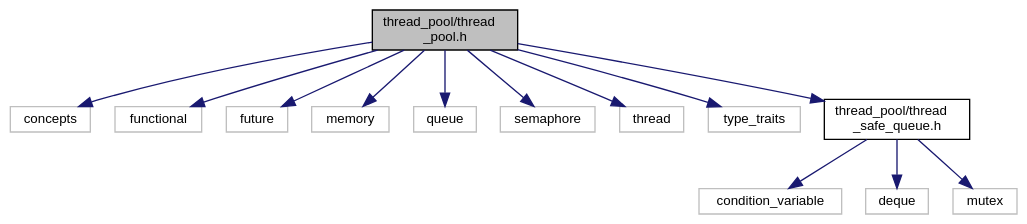
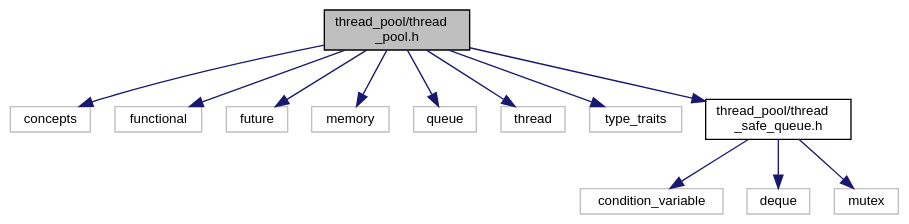
One commit to DeveloperPaul123/thread-pool changed the diagram in d1/db4/thread__pool_8h__incl.dot. Above: the diagram before and after it, drawn with Graphviz. The commit also changed 5 other files, not shown here.

```diff
--- a/d1/db4/thread__pool_8h__incl.dot
+++ b/d1/db4/thread__pool_8h__incl.dot
@@ -1,32 +1,30 @@
 digraph "thread_pool/thread_pool.h"
 {
  // LATEX_PDF_SIZE
   bgcolor="transparent";
   edge [fontname="Helvetica",fontsize="10",labelfontname="Helvetica",labelfontsize="10"];
   node [fontname="Helvetica",fontsize="10",shape=record];
   Node1 [label="thread_pool/thread\l_pool.h",height=0.2,width=0.4,color="black", fillcolor="grey75", style="filled", fontcolor="black",tooltip=" "];
   Node1 -> Node2 [color="midnightblue",fontsize="10",style="solid",fontname="Helvetica"];
   Node2 [label="concepts",height=0.2,width=0.4,color="grey75",tooltip=" "];
   Node1 -> Node3 [color="midnightblue",fontsize="10",style="solid",fontname="Helvetica"];
   Node3 [label="functional",height=0.2,width=0.4,color="grey75",tooltip=" "];
   Node1 -> Node4 [color="midnightblue",fontsize="10",style="solid",fontname="Helvetica"];
   Node4 [label="future",height=0.2,width=0.4,color="grey75",tooltip=" "];
   Node1 -> Node5 [color="midnightblue",fontsize="10",style="solid",fontname="Helvetica"];
   Node5 [label="memory",height=0.2,width=0.4,color="grey75",tooltip=" "];
   Node1 -> Node6 [color="midnightblue",fontsize="10",style="solid",fontname="Helvetica"];
   Node6 [label="queue",height=0.2,width=0.4,color="grey75",tooltip=" "];
   Node1 -> Node7 [color="midnightblue",fontsize="10",style="solid",fontname="Helvetica"];
-  Node7 [label="semaphore",height=0.2,width=0.4,color="grey75",tooltip=" "];
+  Node7 [label="thread",height=0.2,width=0.4,color="grey75",tooltip=" "];
   Node1 -> Node8 [color="midnightblue",fontsize="10",style="solid",fontname="Helvetica"];
-  Node8 [label="thread",height=0.2,width=0.4,color="grey75",tooltip=" "];
+  Node8 [label="type_traits",height=0.2,width=0.4,color="grey75",tooltip=" "];
   Node1 -> Node9 [color="midnightblue",fontsize="10",style="solid",fontname="Helvetica"];
-  Node9 [label="type_traits",height=0.2,width=0.4,color="grey75",tooltip=" "];
-  Node1 -> Node10 [color="midnightblue",fontsize="10",style="solid",fontname="Helvetica"];
-  Node10 [label="thread_pool/thread\l_safe_queue.h",height=0.2,width=0.4,color="black",URL="$dd/df9/thread__safe__queue_8h.html",tooltip=" "];
-  Node10 -> Node11 [color="midnightblue",fontsize="10",style="solid",fontname="Helvetica"];
-  Node11 [label="condition_variable",height=0.2,width=0.4,color="grey75",tooltip=" "];
-  Node10 -> Node12 [color="midnightblue",fontsize="10",style="solid",fontname="Helvetica"];
-  Node12 [label="deque",height=0.2,width=0.4,color="grey75",tooltip=" "];
-  Node10 -> Node13 [color="midnightblue",fontsize="10",style="solid",fontname="Helvetica"];
-  Node13 [label="mutex",height=0.2,width=0.4,color="grey75",tooltip=" "];
+  Node9 [label="thread_pool/thread\l_safe_queue.h",height=0.2,width=0.4,color="black",URL="$dd/df9/thread__safe__queue_8h.html",tooltip=" "];
+  Node9 -> Node10 [color="midnightblue",fontsize="10",style="solid",fontname="Helvetica"];
+  Node10 [label="condition_variable",height=0.2,width=0.4,color="grey75",tooltip=" "];
+  Node9 -> Node11 [color="midnightblue",fontsize="10",style="solid",fontname="Helvetica"];
+  Node11 [label="deque",height=0.2,width=0.4,color="grey75",tooltip=" "];
+  Node9 -> Node12 [color="midnightblue",fontsize="10",style="solid",fontname="Helvetica"];
+  Node12 [label="mutex",height=0.2,width=0.4,color="grey75",tooltip=" "];
 }
```
